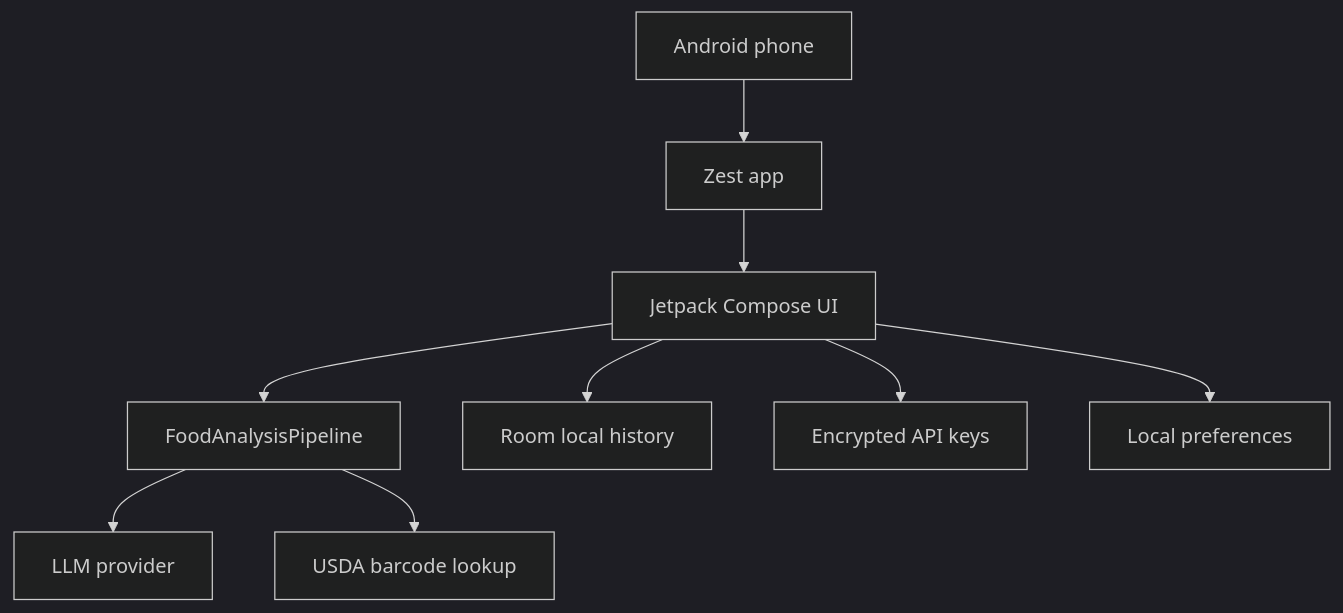
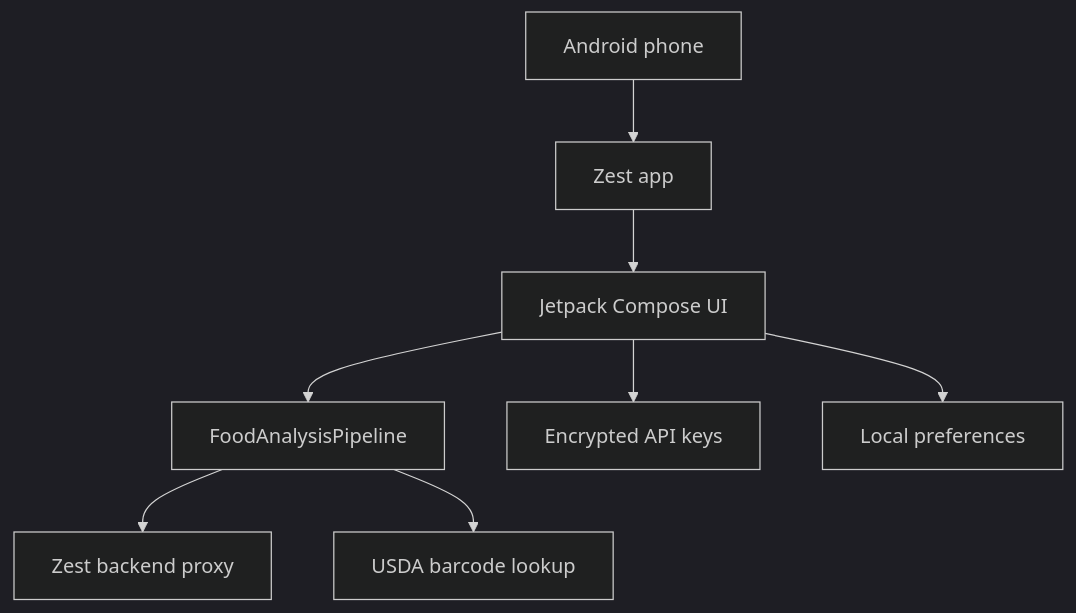
The first of 8 diagrams in documentation/00-android-app-guide.md (Bhagat-Atul/ultraprocessed), drawn with Mermaid (dark theme) before and after one commit. The commit also changed other lines of this file and 54 other files, not shown here.

````diff
--- a/documentation/00-android-app-guide.md
+++ b/documentation/00-android-app-guide.md
@@ -9,11 +9,10 @@
 ```mermaid
 flowchart TD
     Phone[Android phone] --> App[Zest app]
     App --> UI[Jetpack Compose UI]
     UI --> Pipeline[FoodAnalysisPipeline]
-    Pipeline --> LLM[LLM provider]
+    Pipeline --> Proxy[Zest backend proxy]
     Pipeline --> USDA[USDA barcode lookup]
-    UI --> Room[Room local history]
     UI --> Secrets[Encrypted API keys]
     UI --> Prefs[Local preferences]
 ```
````
